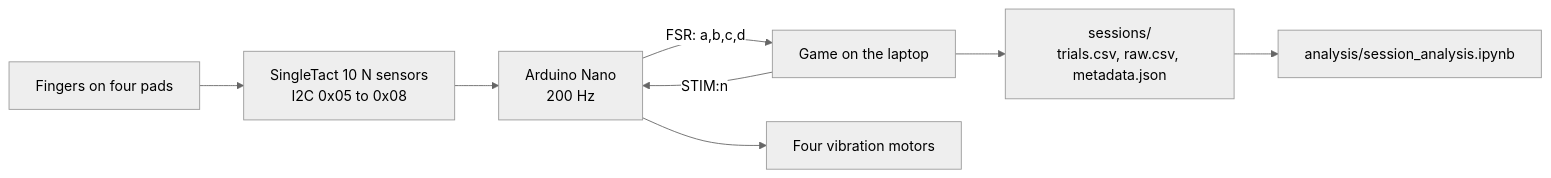
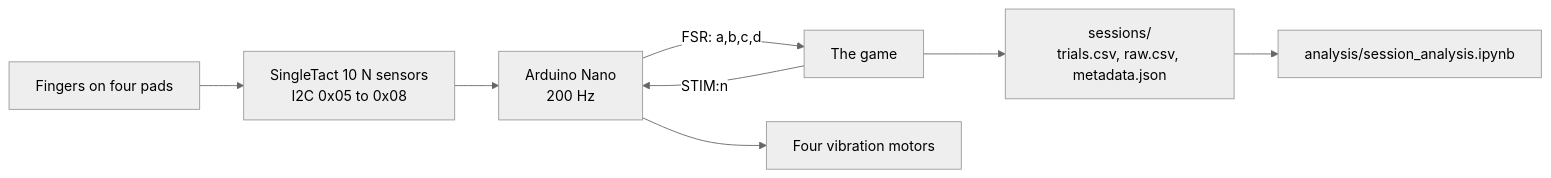
The diagram in README.md (basil2fxs/Hand-Rehab-Thesis), drawn with Mermaid (neutral theme) before and after one commit. The commit also changed other lines of this file and 26 other files, not shown here.

````diff
--- a/README.md
+++ b/README.md
@@ -46,10 +43,10 @@
 ```mermaid
 flowchart LR
   H["Fingers on four pads"] --> S["SingleTact 10 N sensors<br>I2C 0x05 to 0x08"]
   S --> A["Arduino Nano<br>200 Hz"]
-  A -->|"FSR: a,b,c,d"| G["Game on the laptop"]
+  A -->|"FSR: a,b,c,d"| G["The game"]
   G -->|"STIM:n"| A
   A --> M["Four vibration motors"]
   G --> F["sessions/<br>trials.csv, raw.csv, metadata.json"]
   F --> N["analysis/session_analysis.ipynb"]
 ```
````
